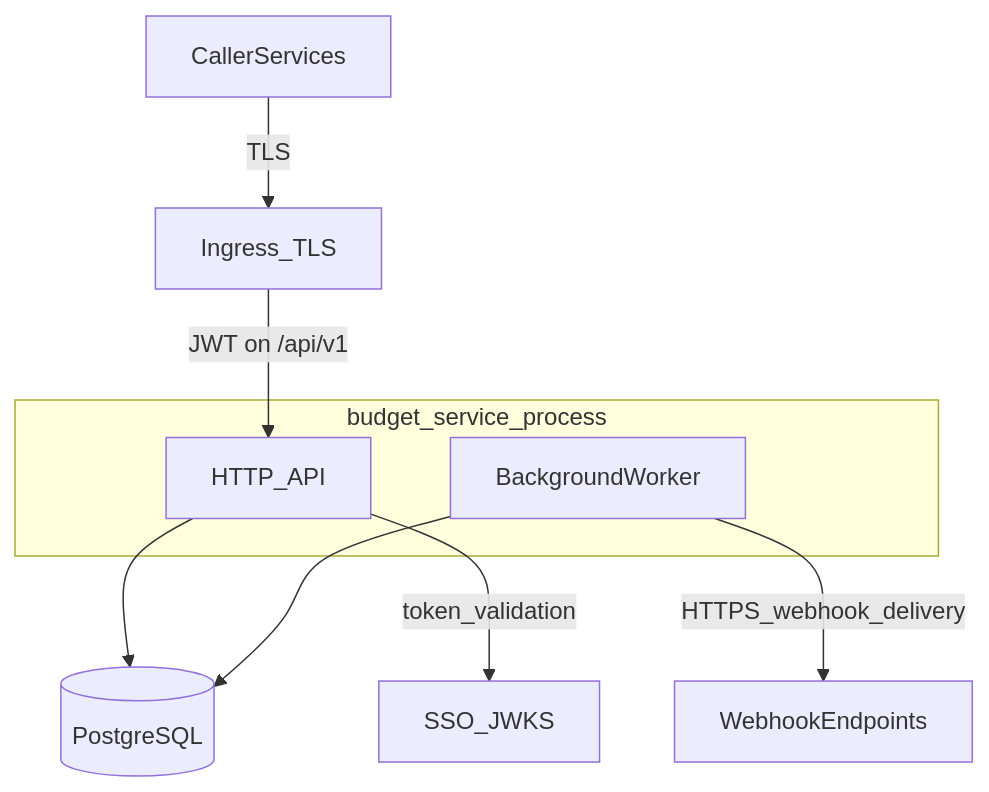
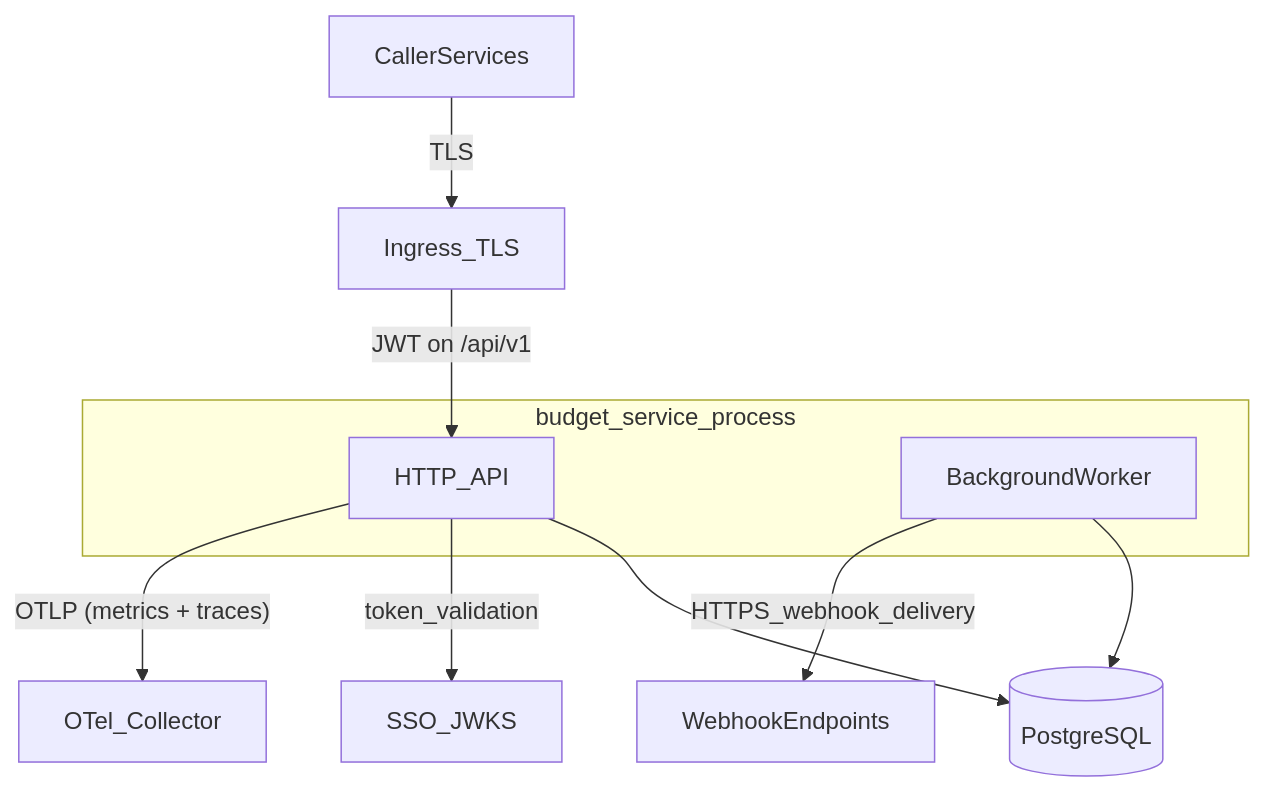
One commit to hsharif-godaddy/hackathon2026 changed the diagram in budget-service/docs/service-architecture.md. Above: the diagram before and after it, drawn with Mermaid. The commit also changed 9 other files, not shown here.

````diff
--- a/budget-service/docs/service-architecture.md
+++ b/budget-service/docs/service-architecture.md
@@ -9,19 +9,21 @@
 ```mermaid
 flowchart TB
   clients[CallerServices]
   edge[Ingress_TLS]
   subgraph process [budget_service_process]
     api[HTTP_API]
     worker[BackgroundWorker]
   end
   db[(PostgreSQL)]
   sso[SSO_JWKS]
   wh[WebhookEndpoints]
+  otel[OTel_Collector]
 
   clients -->|TLS| edge
   edge -->|"JWT on /api/v1"| api
   api --> db
   api -->|token_validation| sso
+  api -->|"OTLP (metrics + traces)"| otel
   worker --> db
   worker -->|HTTPS_webhook_delivery| wh
 ```
````
